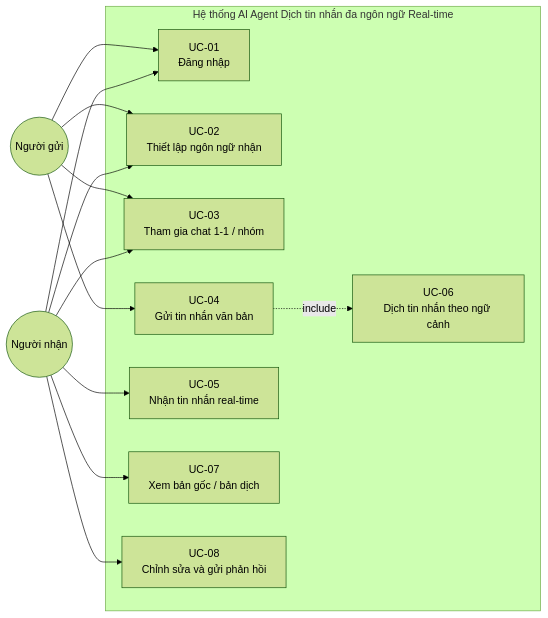
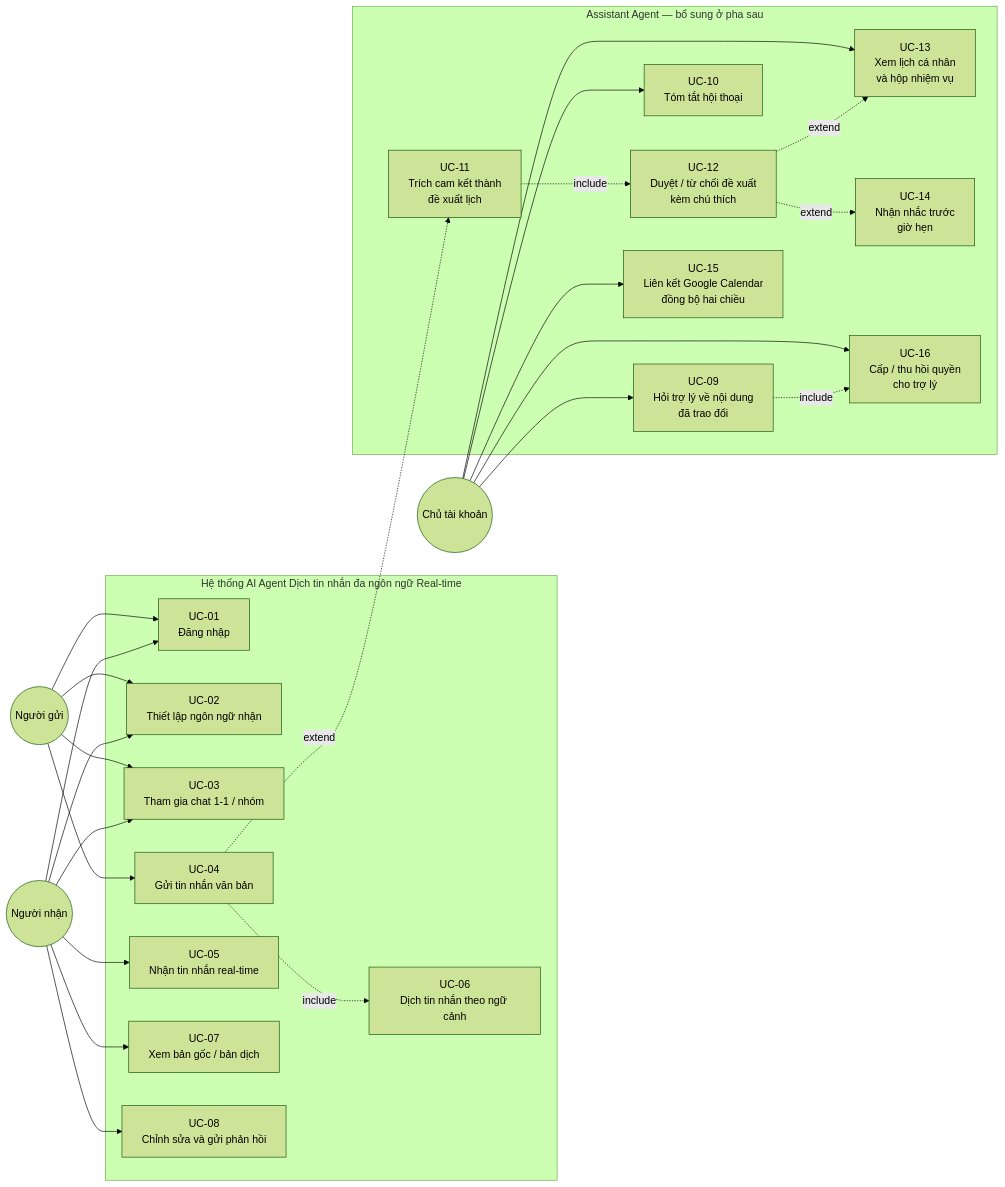
The eighth of 8 diagrams in docs/architecture_diagram.md (minh20003/linguaflow-ai), drawn with Mermaid (forest theme) before and after one commit. The commit also changed other lines of this file and 10 other files, not shown here.

````diff
--- a/docs/architecture_diagram.md
+++ b/docs/architecture_diagram.md
@@ -462,26 +542,48 @@
 ```mermaid
 graph LR
     subgraph SYS["Hệ thống AI Agent Dịch tin nhắn đa ngôn ngữ Real-time"]
         UC01[UC-01<br/>Đăng nhập]
         UC02[UC-02<br/>Thiết lập ngôn ngữ nhận]
         UC03[UC-03<br/>Tham gia chat 1-1 / nhóm]
         UC04[UC-04<br/>Gửi tin nhắn văn bản]
         UC05[UC-05<br/>Nhận tin nhắn real-time]
         UC06[UC-06<br/>Dịch tin nhắn theo ngữ cảnh]
         UC07[UC-07<br/>Xem bản gốc / bản dịch]
         UC08[UC-08<br/>Chỉnh sửa và gửi phản hồi]
+    end
+
+    subgraph SYS2["Assistant Agent — bổ sung ở pha sau"]
+        UC09[UC-09<br/>Hỏi trợ lý về nội dung<br/>đã trao đổi]
+        UC10[UC-10<br/>Tóm tắt hội thoại]
+        UC11[UC-11<br/>Trích cam kết thành<br/>đề xuất lịch]
+        UC12[UC-12<br/>Duyệt / từ chối đề xuất<br/>kèm chú thích]
+        UC13[UC-13<br/>Xem lịch cá nhân<br/>và hộp nhiệm vụ]
+        UC14[UC-14<br/>Nhận nhắc trước<br/>giờ hẹn]
+        UC15[UC-15<br/>Liên kết Google Calendar<br/>đồng bộ hai chiều]
+        UC16[UC-16<br/>Cấp / thu hồi quyền<br/>cho trợ lý]
     end
 
     Sender((Người gửi)) --> UC01
     Sender --> UC02
     Sender --> UC03
     Sender --> UC04
     UC04 -. include .-> UC06
 
     Receiver((Người nhận)) --> UC01
     Receiver --> UC02
     Receiver --> UC03
     Receiver --> UC05
     Receiver --> UC07
     Receiver --> UC08
+
+    Owner((Chủ tài khoản)) --> UC09
+    Owner --> UC10
+    Owner --> UC13
+    Owner --> UC15
+    Owner --> UC16
+    UC09 -. include .-> UC16
+    UC11 -. include .-> UC12
+    UC12 -. extend .-> UC13
+    UC12 -. extend .-> UC14
+    UC04 -. extend .-> UC11
 ```
````
